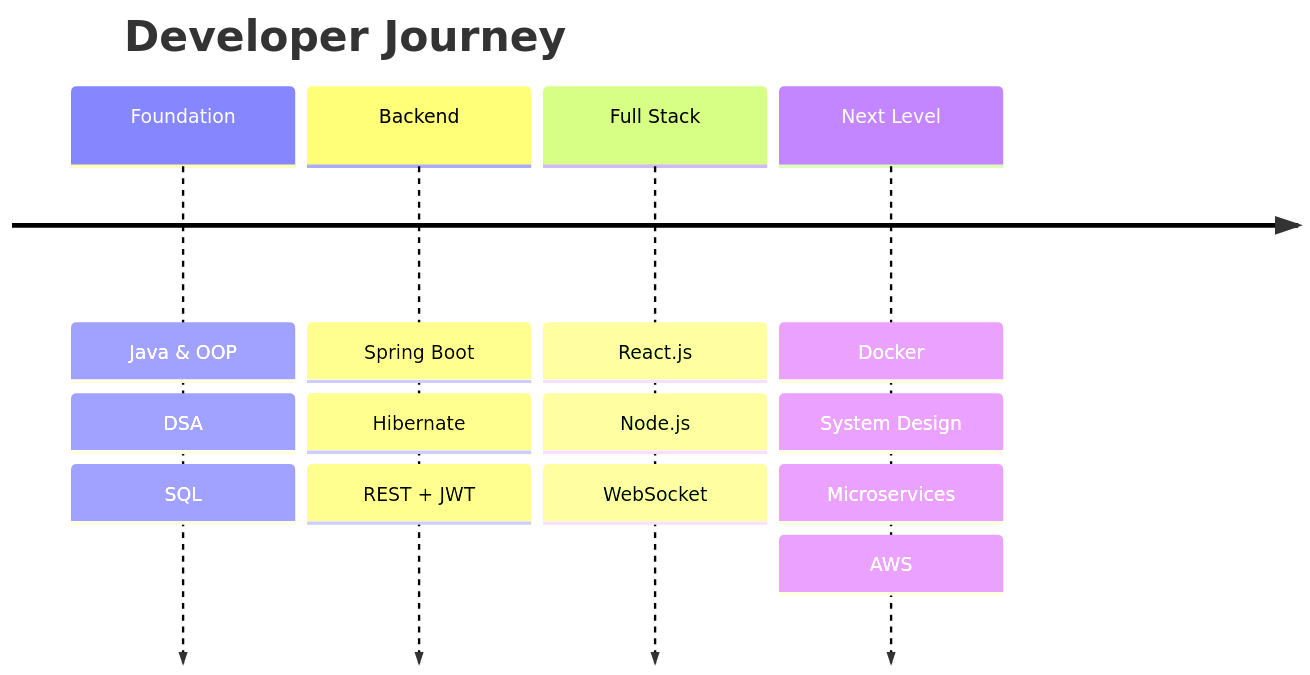
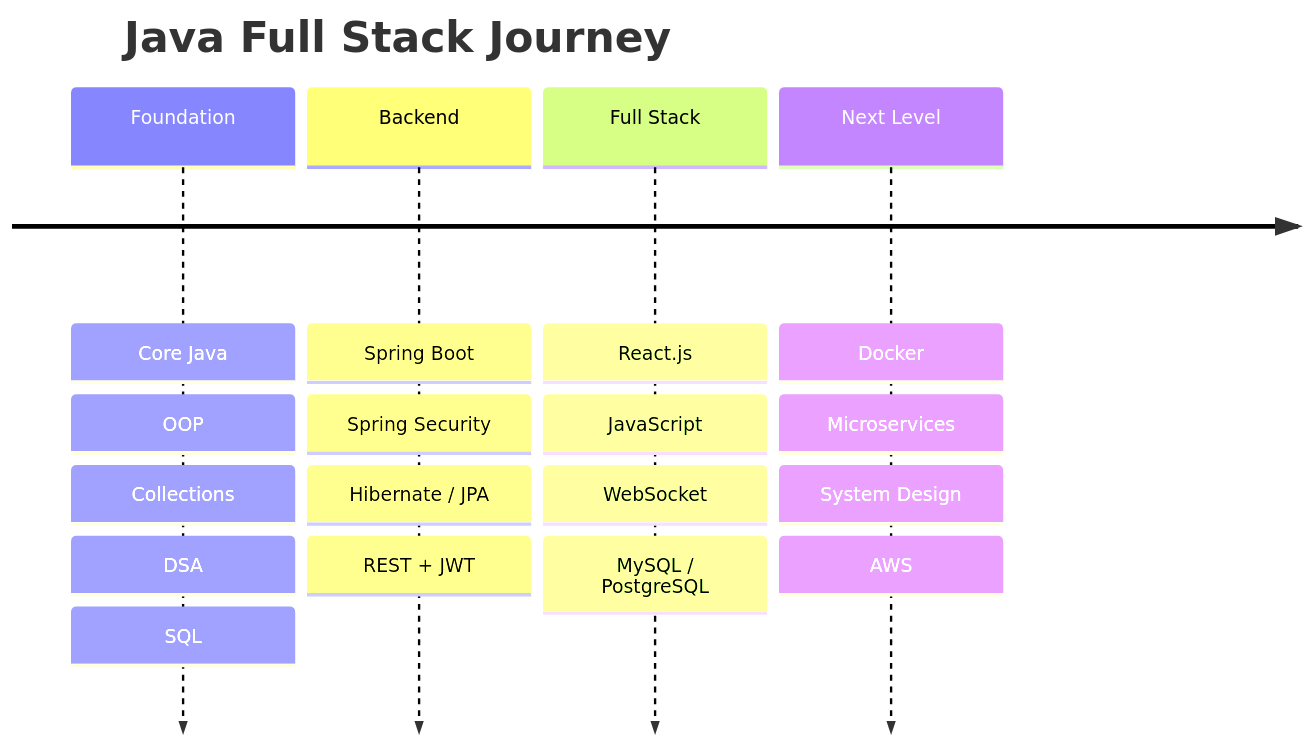
One commit to KaranC-DEV/KaranC-DEV changed the diagram in README.md. Above: the diagram before and after it, drawn with Mermaid. The commit also changed other lines of this file, not shown here.

````diff
--- a/README.md
+++ b/README.md
@@ -194,8 +203,8 @@
 ```mermaid
 timeline
-    title Developer Journey
-    Foundation  : Java & OOP : DSA : SQL
-    Backend     : Spring Boot : Hibernate : REST + JWT
-    Full Stack  : React.js : Node.js : WebSocket
-    Next Level  : Docker : System Design : Microservices : AWS
+    title Java Full Stack Journey
+    Foundation  : Core Java : OOP : Collections : DSA : SQL
+    Backend     : Spring Boot : Spring Security : Hibernate / JPA : REST + JWT
+    Full Stack  : React.js : JavaScript : WebSocket : MySQL / PostgreSQL
+    Next Level  : Docker : Microservices : System Design : AWS
 ```
````
